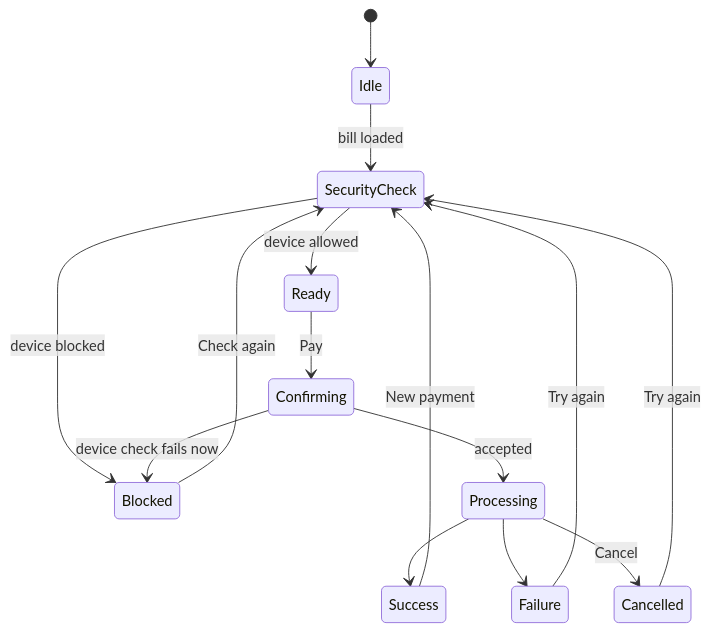
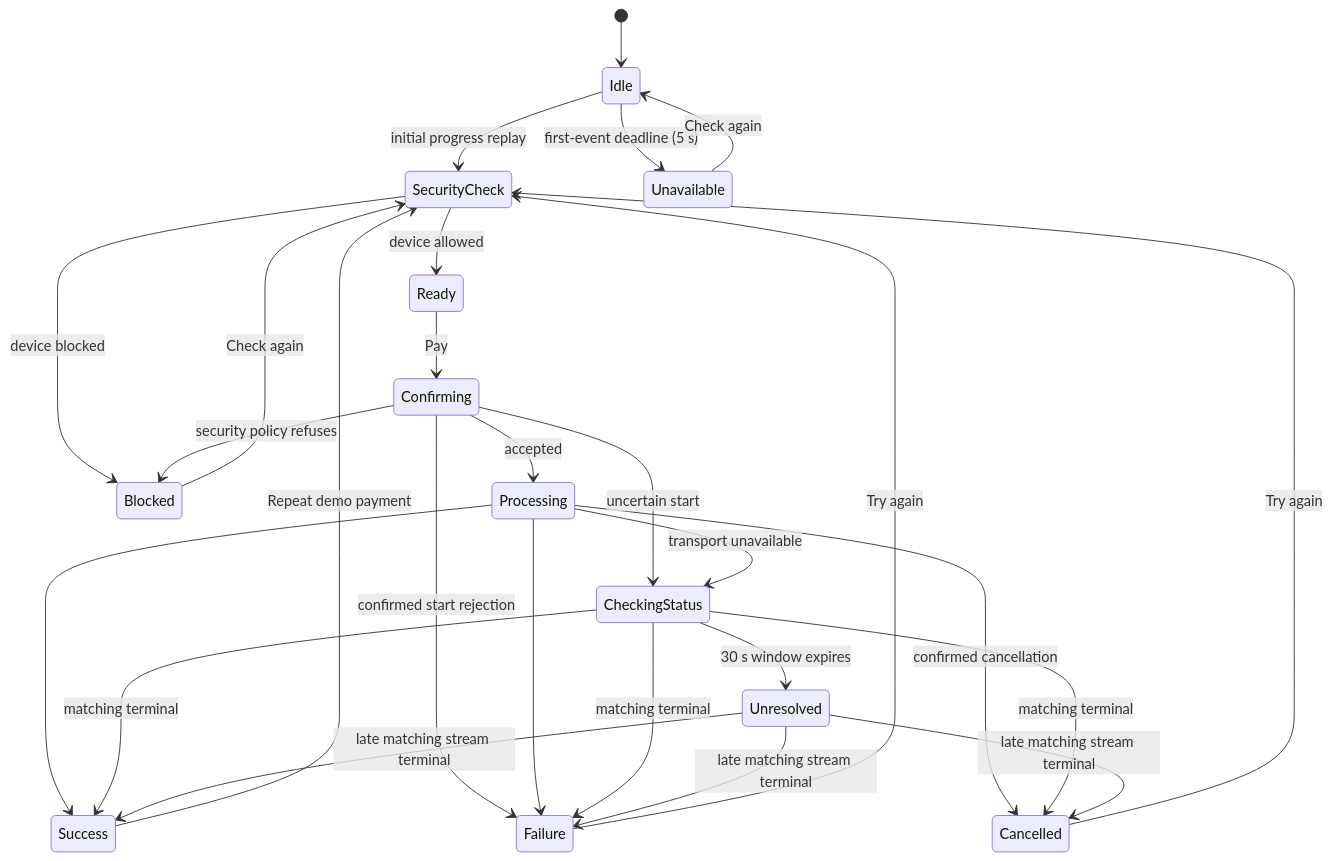
One commit to MaximLisovy/secure_payment_portal changed the second of 3 diagrams in README.md. Above: the diagram before and after it, drawn with Mermaid. The commit also changed other lines of this file and 2 other files, not shown here.

````diff
--- a/README.md
+++ b/README.md
@@ -119,17 +138,30 @@
 ```mermaid
 stateDiagram-v2
   [*] --> Idle
-  Idle --> SecurityCheck: bill loaded
+  Idle --> SecurityCheck: initial progress replay
+  Idle --> Unavailable: first-event deadline (5 s)
+  Unavailable --> Idle: Check again
   SecurityCheck --> Ready: device allowed
   SecurityCheck --> Blocked: device blocked
   Blocked --> SecurityCheck: Check again
   Ready --> Confirming: Pay
   Confirming --> Processing: accepted
-  Confirming --> Blocked: device check fails now
+  Confirming --> Blocked: security policy refuses
+  Confirming --> Failure: confirmed start rejection
+  Confirming --> CheckingStatus: uncertain start
+  Processing --> CheckingStatus: transport unavailable
   Processing --> Success
   Processing --> Failure
-  Processing --> Cancelled: Cancel
+  Processing --> Cancelled: confirmed cancellation
+  CheckingStatus --> Success: matching terminal
+  CheckingStatus --> Failure: matching terminal
+  CheckingStatus --> Cancelled: matching terminal
+  CheckingStatus --> Unresolved: 30 s window expires
+  Unresolved --> Success: late matching stream terminal
+  Unresolved --> Failure: late matching stream terminal
+  Unresolved --> Cancelled: late matching stream terminal
   Failure --> SecurityCheck: Try again
   Cancelled --> SecurityCheck: Try again
-  Success --> SecurityCheck: New payment
+  Success --> SecurityCheck: Repeat demo payment
+
 ```
````
